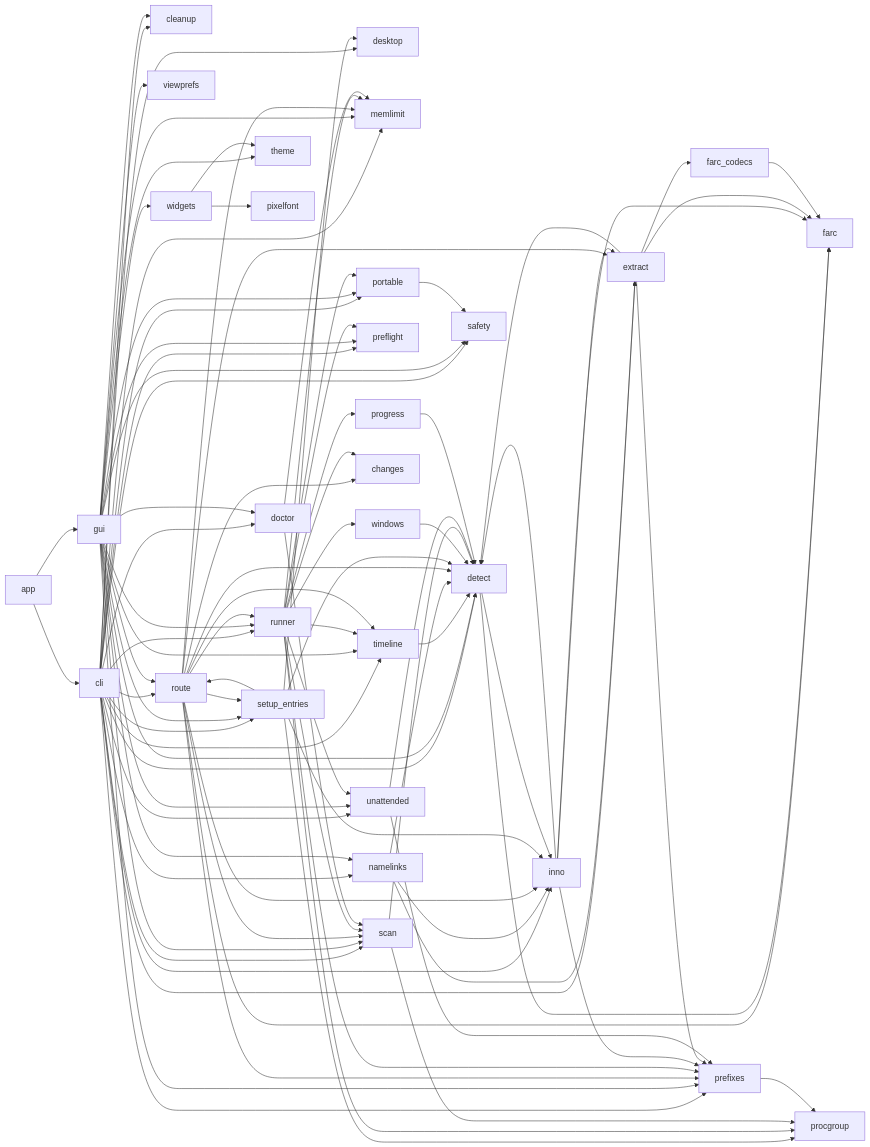
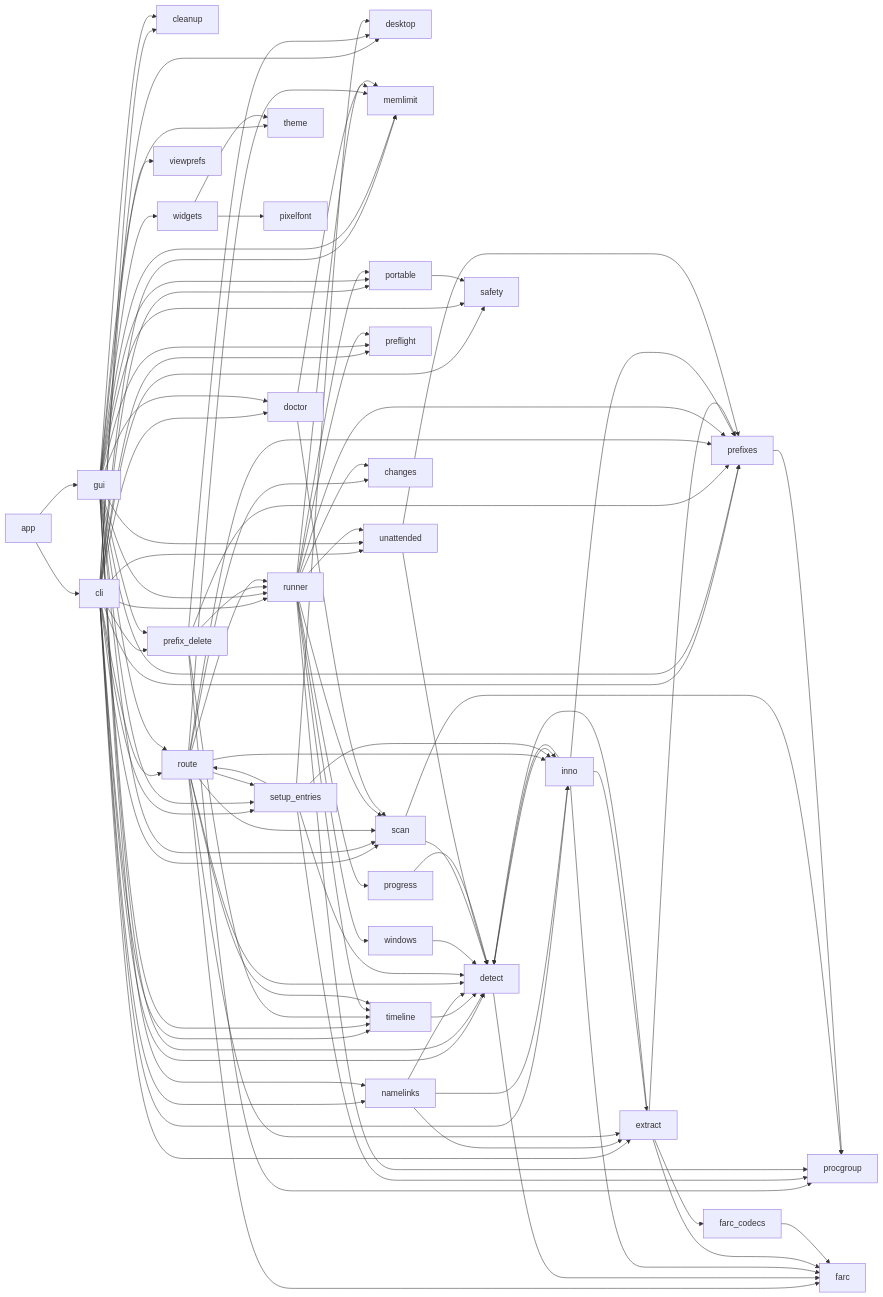
Before and after one commit to undecuple/gitfurl: the second of 6 diagrams in docs/code-map.md, drawn with Mermaid. The commit also changed other lines of this file and 10 other files, not shown here.

Commit message:
Delete a prefix gitfurl made, with its menu entries (#59)

````diff
--- a/docs/code-map.md
+++ b/docs/code-map.md
@@ -58,25 +58,26 @@
 ```mermaid
 flowchart LR
   app --> cli & gui
-  cli --> cleanup & desktop & detect & doctor & extract & inno & memlimit & namelinks & portable & prefixes & preflight & route & runner & safety & scan & setup_entries & timeline & unattended
-  gui --> cleanup & detect & doctor & memlimit & namelinks & portable & prefixes & preflight & route & runner & safety & scan & setup_entries & theme & timeline & unattended & viewprefs & widgets
+  cli --> cleanup & desktop & detect & doctor & extract & inno & memlimit & namelinks & portable & prefix_delete & prefixes & preflight & route & runner & safety & scan & setup_entries & timeline & unattended
+  gui --> cleanup & detect & doctor & memlimit & namelinks & portable & prefix_delete & prefixes & preflight & route & runner & safety & scan & setup_entries & theme & timeline & unattended & viewprefs & widgets
+  prefix_delete --> desktop & prefixes & procgroup & runner & timeline
   runner --> timeline
   route --> timeline
   timeline --> detect
   namelinks --> detect & extract & inno
   widgets --> pixelfont & theme
   route --> changes & detect & extract & farc & inno & memlimit & prefixes & runner & scan & setup_entries
   setup_entries --> desktop & detect & inno & procgroup & route
   runner --> changes & memlimit & portable & prefixes & preflight & procgroup & progress & scan & unattended & windows
   windows --> detect
   detect --> farc & inno
   inno --> detect & extract & farc & prefixes
   extract --> detect & farc & farc_codecs & prefixes
   farc_codecs --> farc
   doctor --> memlimit & scan
   scan --> detect & procgroup
   unattended --> detect & prefixes
   progress --> detect
   prefixes --> procgroup
   portable --> safety
 ```
````
